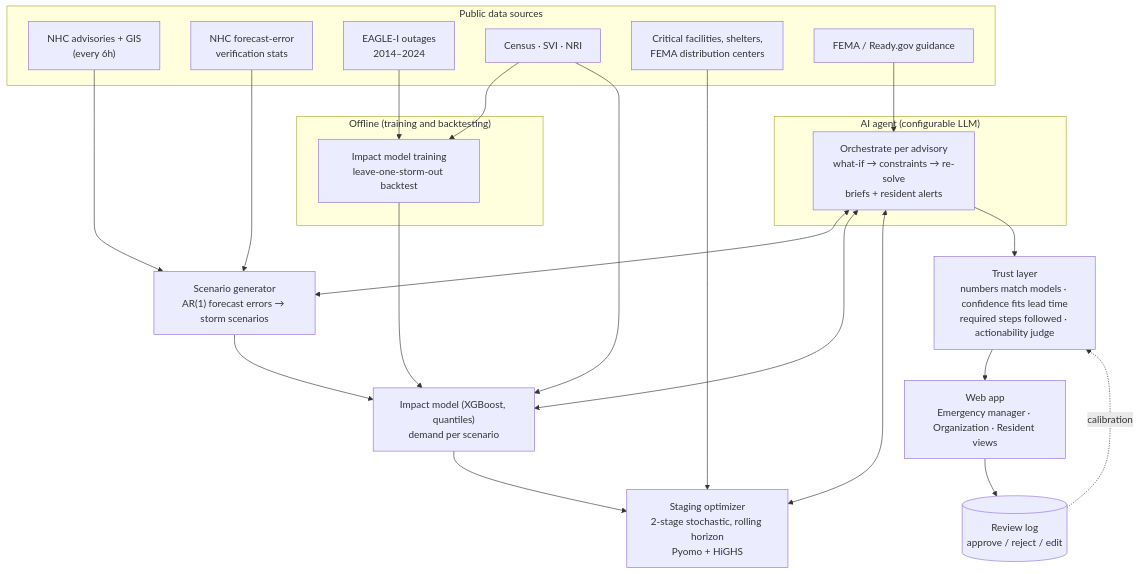
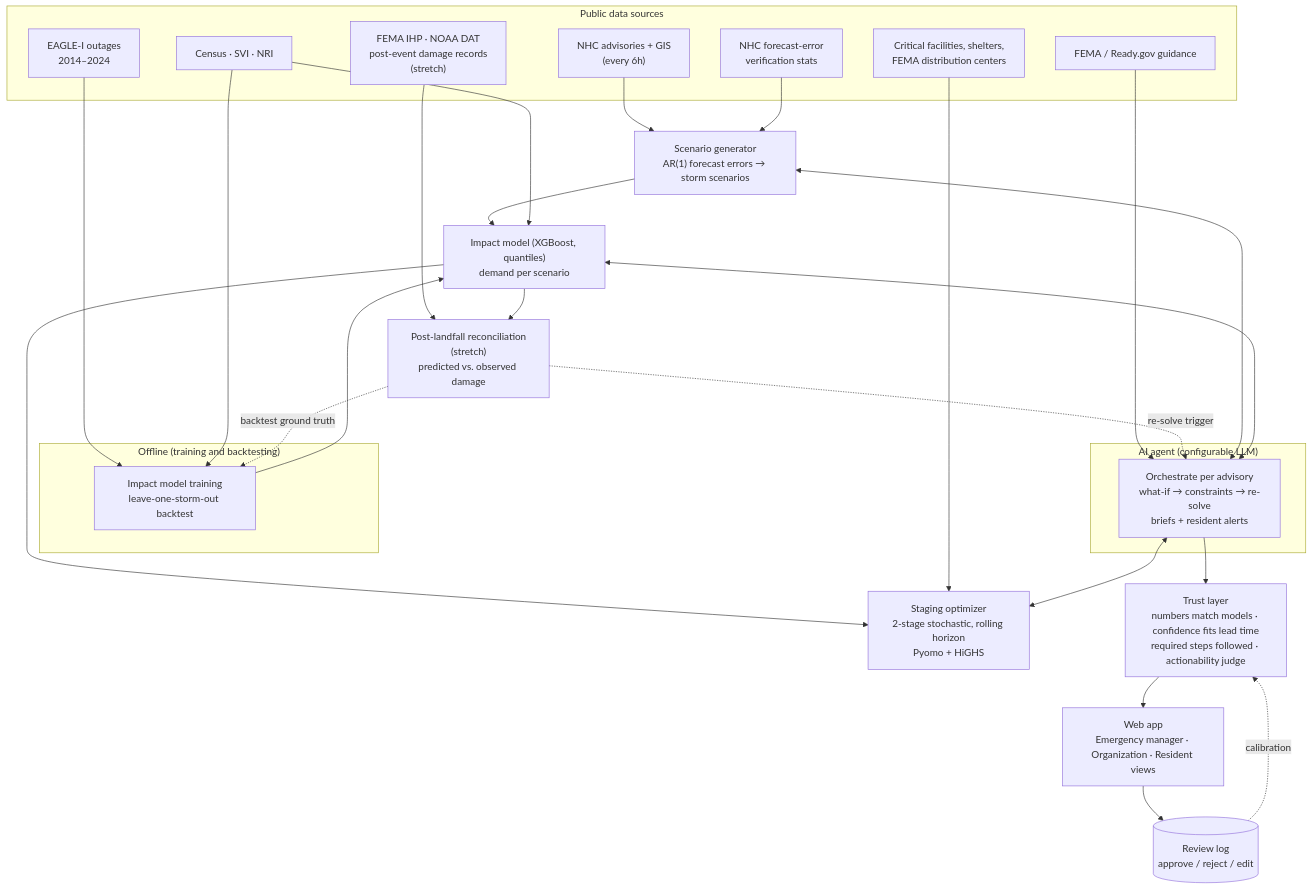
Before and after one commit to tyakovenko/storm-readiness-ai: the diagram in docs/proposal.md, drawn with Mermaid. The commit also changed other lines of this file, not shown here.

First line of the commit message:
Add post-landfall reconciliation as stretch layer (§4.6)

````diff
--- a/docs/proposal.md
+++ b/docs/proposal.md
@@ -138,45 +146,51 @@
 ```mermaid
 flowchart TD
   subgraph Sources["Public data sources"]
     NHC["NHC advisories + GIS<br/>(every 6h)"]
     FE["NHC forecast-error<br/>verification stats"]
     OUT["EAGLE-I outages<br/>2014–2024"]
     EXP["Census · SVI · NRI"]
     ASSET["Critical facilities, shelters,<br/>FEMA distribution centers"]
     GUIDE["FEMA / Ready.gov guidance"]
+    DAMAGE["FEMA IHP · NOAA DAT<br/>post-event damage records<br/>(stretch)"]
   end
 
   subgraph Offline["Offline (training and backtesting)"]
     TRAIN["Impact model training<br/>leave-one-storm-out backtest"]
   end
 
   SCEN["Scenario generator<br/>AR(1) forecast errors → storm scenarios"]
   IMPACT["Impact model (XGBoost, quantiles)<br/>demand per scenario"]
   OPT["Staging optimizer<br/>2-stage stochastic, rolling horizon<br/>Pyomo + HiGHS"]
 
   subgraph Agent["AI agent (configurable LLM)"]
     LOOP["Orchestrate per advisory<br/>what-if → constraints → re-solve<br/>briefs + resident alerts"]
   end
 
+  RECON["Post-landfall reconciliation<br/>(stretch)<br/>predicted vs. observed damage"]
   TRUST["Trust layer<br/>numbers match models · confidence fits lead time<br/>required steps followed · actionability judge"]
   UI["Web app<br/>Emergency manager · Organization · Resident views"]
   REVIEW[("Review log<br/>approve / reject / edit")]
 
   OUT --> TRAIN
   EXP --> TRAIN
   TRAIN --> IMPACT
   NHC --> SCEN
   FE --> SCEN
   SCEN --> IMPACT
   EXP --> IMPACT
   IMPACT --> OPT
   ASSET --> OPT
   LOOP <--> SCEN
   LOOP <--> IMPACT
   LOOP <--> OPT
   GUIDE --> LOOP
   LOOP --> TRUST
   TRUST --> UI
   UI --> REVIEW
   REVIEW -. calibration .-> TRUST
+  DAMAGE --> RECON
+  IMPACT --> RECON
+  RECON -. re-solve trigger .-> LOOP
+  RECON -. backtest ground truth .-> TRAIN
 ```
````
